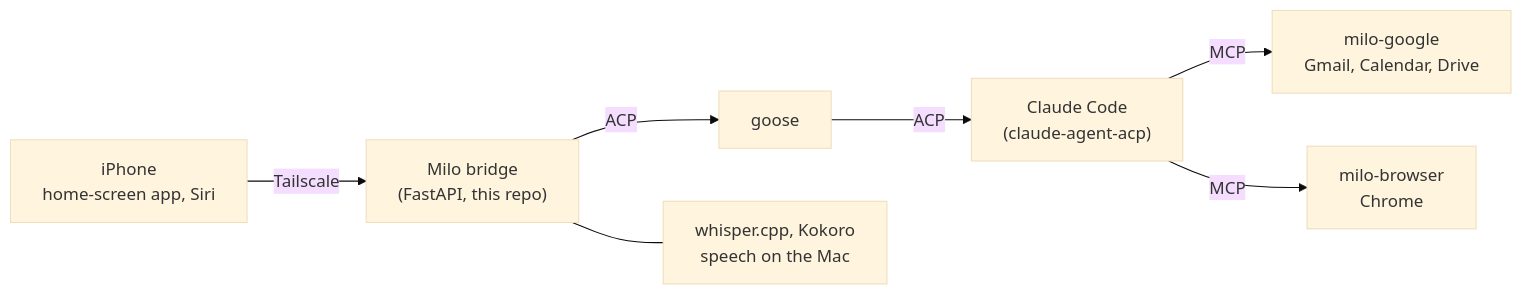
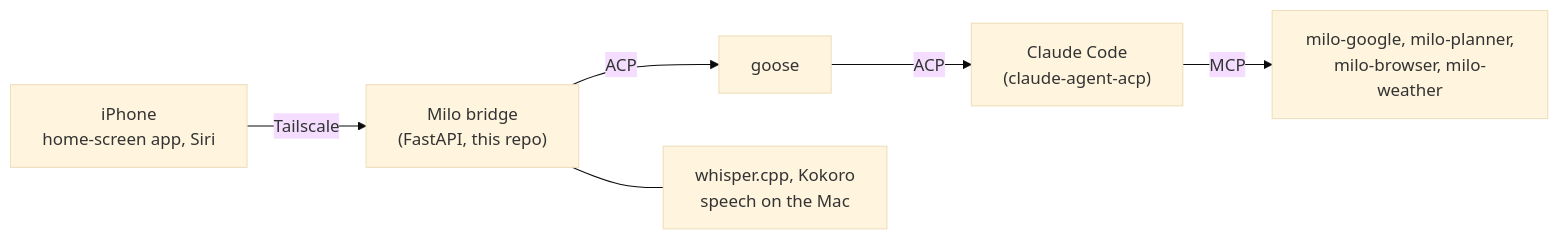
One commit to amin-tabrizian/milo changed the diagram in README.md. Above: the diagram before and after it, drawn with Mermaid (base theme). The commit also changed other lines of this file and 5 other files, not shown here.

````diff
--- a/README.md
+++ b/README.md
@@ -42,8 +21,7 @@
 ```mermaid
 flowchart LR
   P["iPhone<br/>home-screen app, Siri"] -- Tailscale --> B["Milo bridge<br/>(FastAPI, this repo)"]
   B -- ACP --> G["goose"] -- ACP --> C["Claude Code<br/>(claude-agent-acp)"]
-  C -- MCP --> T1["milo-google<br/>Gmail, Calendar, Drive"]
-  C -- MCP --> T2["milo-browser<br/>Chrome"]
+  C -- MCP --> T["milo-google, milo-planner,<br/>milo-browser, milo-weather"]
   B --- S["whisper.cpp, Kokoro<br/>speech on the Mac"]
 ```
````
